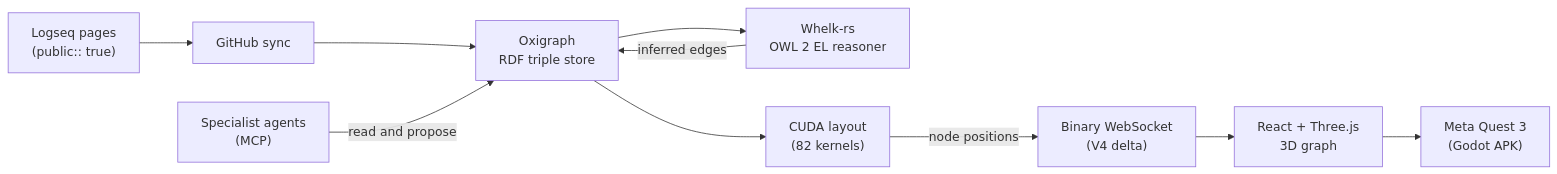
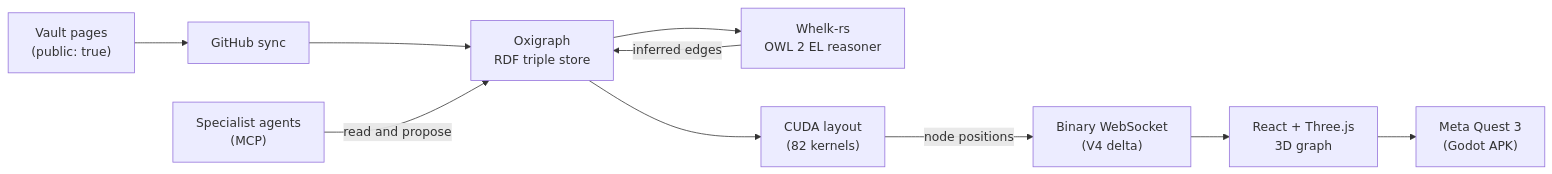
The diagram in docs/tutorials/what-is-visionclaw.md (DreamLab-AI/AR-AI-Knowledge-Graph), drawn with Mermaid before and after one commit. The commit also changed other lines of this file and 35 other files, not shown here.

First line of the commit message:
docs: describe the Obsidian-vault corpus across living docs (Logseq → vault sweep)

````diff
--- a/docs/tutorials/what-is-visionclaw.md
+++ b/docs/tutorials/what-is-visionclaw.md
@@ -36,21 +36,21 @@
 ```mermaid
 flowchart LR
-  Notes["Logseq pages<br/>(public:: true)"]
+  Notes["Vault pages<br/>(public: true)"]
   Sync["GitHub sync"]
   Store["Oxigraph<br/>RDF triple store"]
   Onto["Whelk-rs<br/>OWL 2 EL reasoner"]
   GPU["CUDA layout<br/>(82 kernels)"]
   Wire["Binary WebSocket<br/>(V4 delta)"]
   Client["React + Three.js<br/>3D graph"]
   XR["Meta Quest 3<br/>(Godot APK)"]
   Agents["Specialist agents<br/>(MCP)"]
 
   Notes --> Sync --> Store
   Store --> Onto
   Onto -->|"inferred edges"| Store
   Store --> GPU
   GPU -->|"node positions"| Wire
   Wire --> Client
   Client --> XR
   Agents -->|"read and propose"| Store
 ```
````
